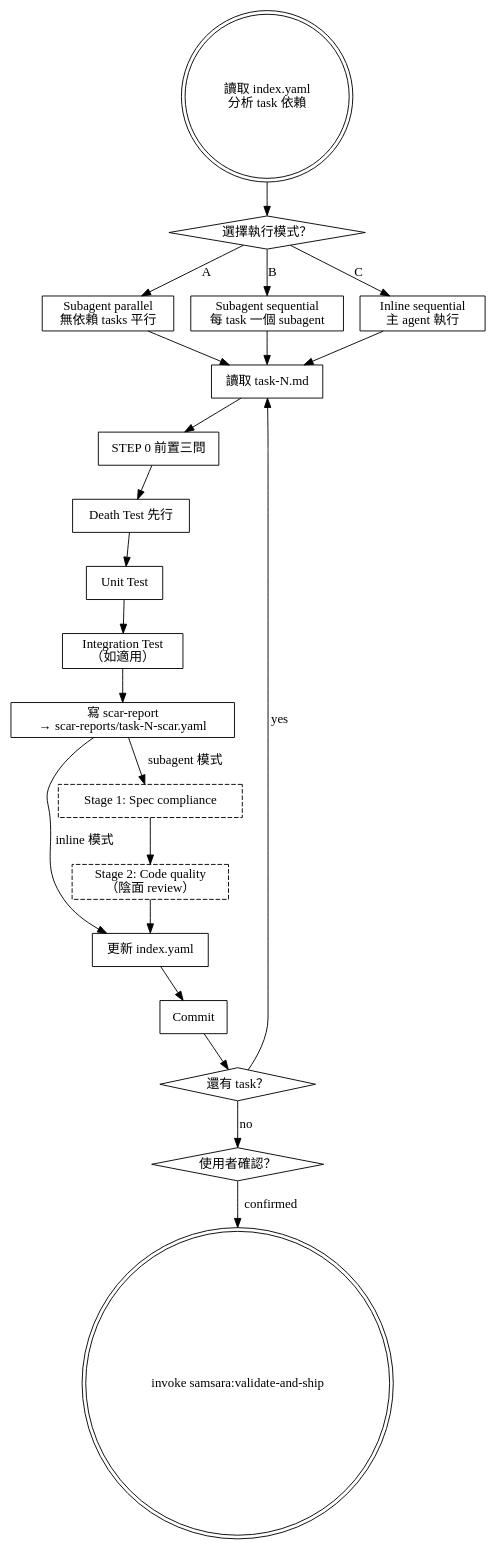
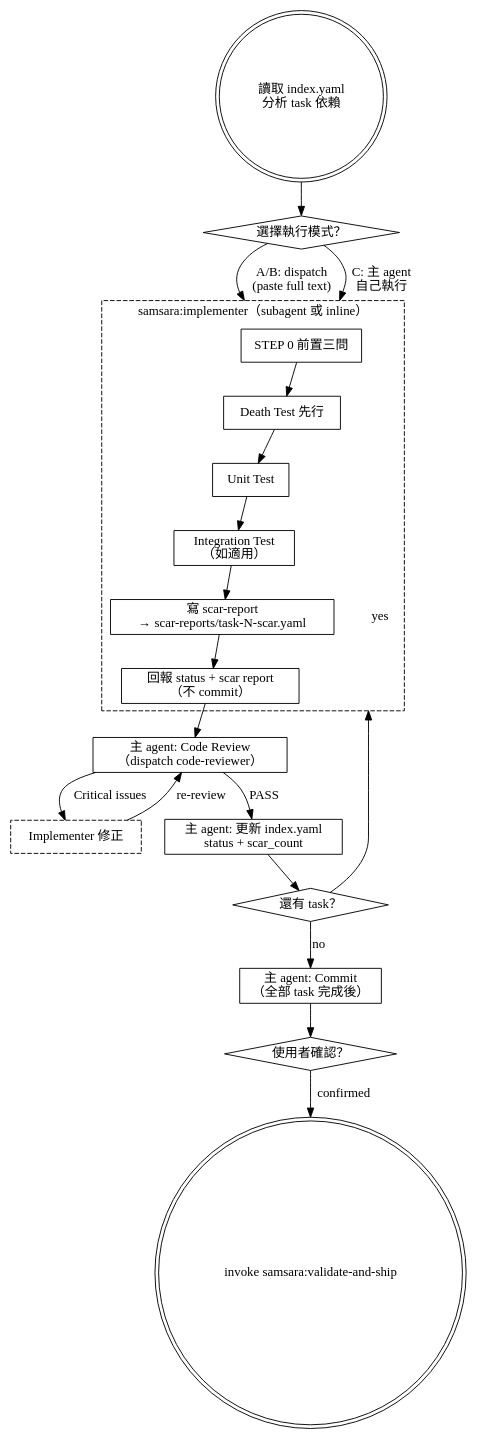
Before and after one commit to roymondliao/kaleidoscope-tools: the diagram in samsara/skills/implement/SKILL.md, drawn with Graphviz. The commit also changed other lines of this file and 4 other files, not shown here.

First line of the commit message:
feat(samsara): add implementer agent + dispatch template for subagent orchestration

````diff
--- a/samsara/skills/implement/SKILL.md
+++ b/samsara/skills/implement/SKILL.md
@@ -21,50 +21,48 @@
 ```dot
 digraph implement {
     node [shape=box];
+    compound=true;
 
     start [label="讀取 index.yaml\n分析 task 依賴" shape=doublecircle];
     mode [label="選擇執行模式？" shape=diamond];
-    parallel [label="Subagent parallel\n無依賴 tasks 平行"];
-    sequential [label="Subagent sequential\n每 task 一個 subagent"];
-    inline [label="Inline sequential\n主 agent 執行"];
 
-    task_start [label="讀取 task-N.md"];
-    step0 [label="STEP 0 前置三問"];
-    death_test [label="Death Test 先行"];
-    unit_test [label="Unit Test"];
-    integration [label="Integration Test\n（如適用）"];
-    scar [label="寫 scar-report\n→ scar-reports/task-N-scar.yaml"];
-    update [label="更新 index.yaml"];
-    commit [label="Commit"];
+    subgraph cluster_implementer {
+        label="samsara:implementer（subagent 或 inline）";
+        style=dashed;
+        step0 [label="STEP 0 前置三問"];
+        death_test [label="Death Test 先行"];
+        unit_test [label="Unit Test"];
+        integration [label="Integration Test\n（如適用）"];
+        scar [label="寫 scar-report\n→ scar-reports/task-N-scar.yaml"];
+        report [label="回報 status + scar report\n（不 commit）"];
+    }
+
+    review [label="主 agent: Code Review\n（dispatch code-reviewer）"];
+    fix [label="Implementer 修正" style=dashed];
+    update [label="主 agent: 更新 index.yaml\nstatus + scar_count"];
     more [label="還有 task？" shape=diamond];
-
-    review1 [label="Stage 1: Spec compliance" style=dashed];
-    review2 [label="Stage 2: Code quality\n（陰面 review）" style=dashed];
-
+    commit [label="主 agent: Commit\n（全部 task 完成後）"];
     gate [label="使用者確認？" shape=diamond];
     next [label="invoke samsara:validate-and-ship" shape=doublecircle];
 
     start -> mode;
-    mode -> parallel [label="A"];
-    mode -> sequential [label="B"];
-    mode -> inline [label="C"];
-    parallel -> task_start;
-    sequential -> task_start;
-    inline -> task_start;
+    mode -> step0 [label="A/B: dispatch\n(paste full text)" lhead=cluster_implementer];
+    mode -> step0 [label="C: 主 agent\n自己執行" lhead=cluster_implementer];
 
-    task_start -> step0;
     step0 -> death_test;
     death_test -> unit_test;
     unit_test -> integration;
     integration -> scar;
-    scar -> review1 [label="subagent 模式"];
-    review1 -> review2;
-    review2 -> update;
-    scar -> update [label="inline 模式"];
-    update -> commit;
-    commit -> more;
-    more -> task_start [label="yes"];
-    more -> gate [label="no"];
+    scar -> report;
+
+    report -> review;
+    review -> update [label="PASS"];
+    review -> fix [label="Critical issues"];
+    fix -> review [label="re-review"];
+    update -> more;
+    more -> step0 [label="yes" lhead=cluster_implementer];
+    more -> commit [label="no"];
+    commit -> gate;
     gate -> next [label="confirmed"];
 }
 ```
````
